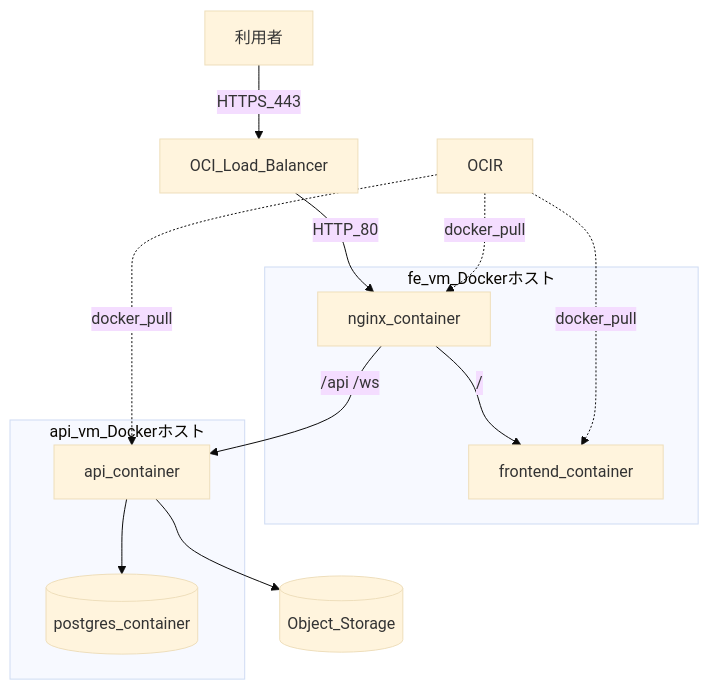
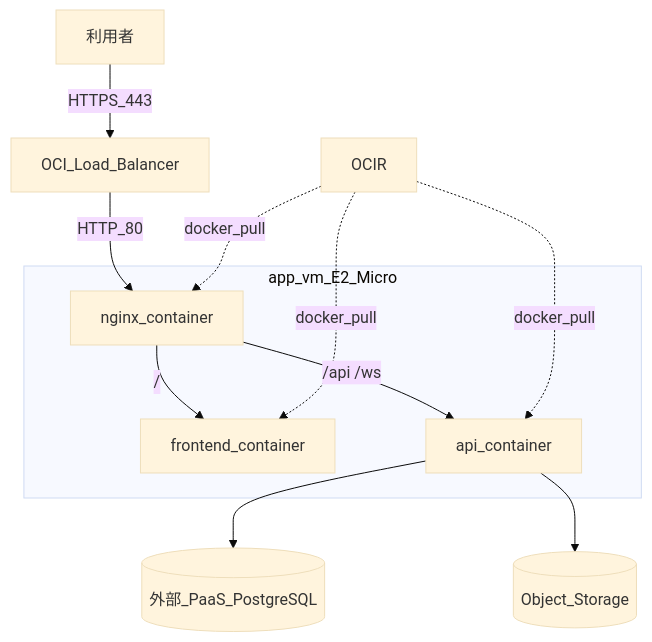
One commit to rikuto-web/event-app changed the third of 5 diagrams in docs/07-architecture.md. Above: the diagram before and after it, drawn with Mermaid (base theme). The commit also changed other lines of this file and 15 other files, not shown here.

````diff
--- a/docs/07-architecture.md
+++ b/docs/07-architecture.md
@@ -135,20 +128,17 @@
 ```mermaid
 flowchart TB
   User[利用者] -->|HTTPS_443| LB[OCI_Load_Balancer]
   LB -->|HTTP_80| Nginx[nginx_container]
   Nginx -->|"/"| SPA[frontend_container]
   Nginx -->|"/api /ws"| API[api_container]
-  API --> PG[(postgres_container)]
+  API --> PG[(外部_PaaS_PostgreSQL)]
   API --> OS[(Object_Storage)]
   OCIR[OCIR] -.->|docker_pull| Nginx
   OCIR -.->|docker_pull| SPA
   OCIR -.->|docker_pull| API
-  subgraph fe_vm [fe_vm_Dockerホスト]
+  subgraph app_vm [app_vm_E2_Micro]
     Nginx
     SPA
-  end
-  subgraph api_vm [api_vm_Dockerホスト]
     API
-    PG
   end
 ```
````
